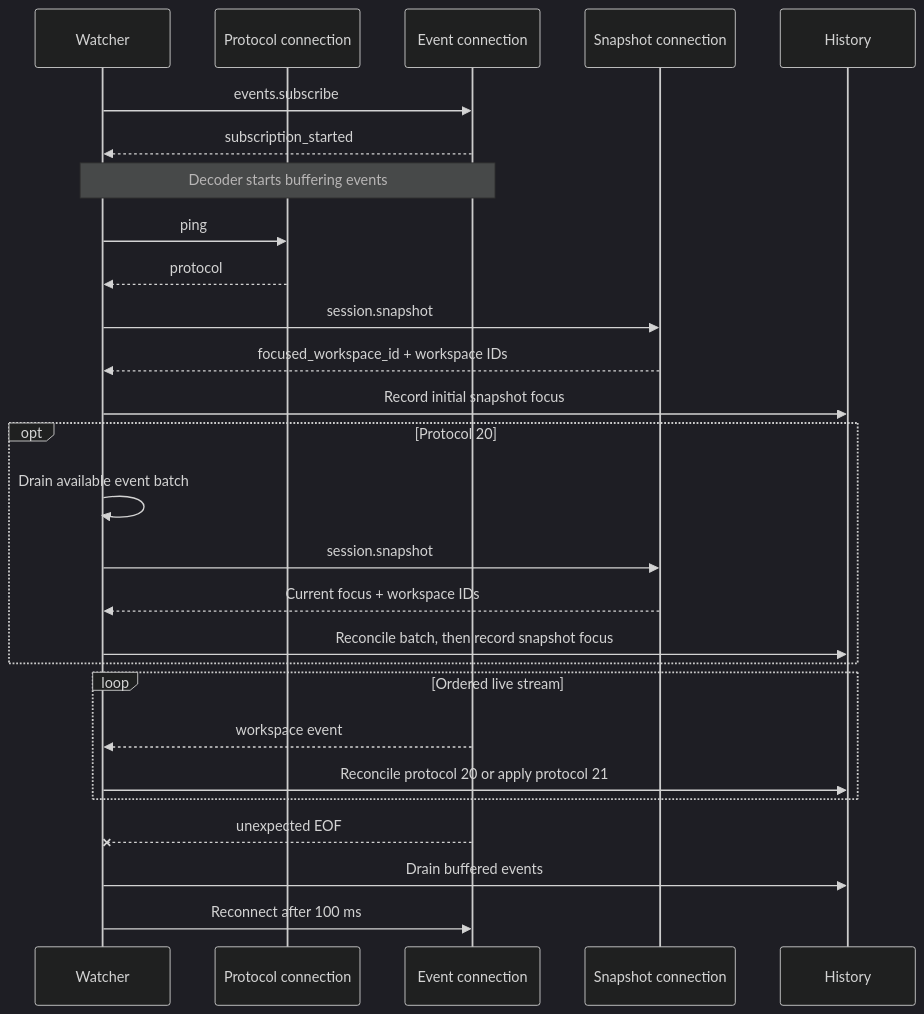
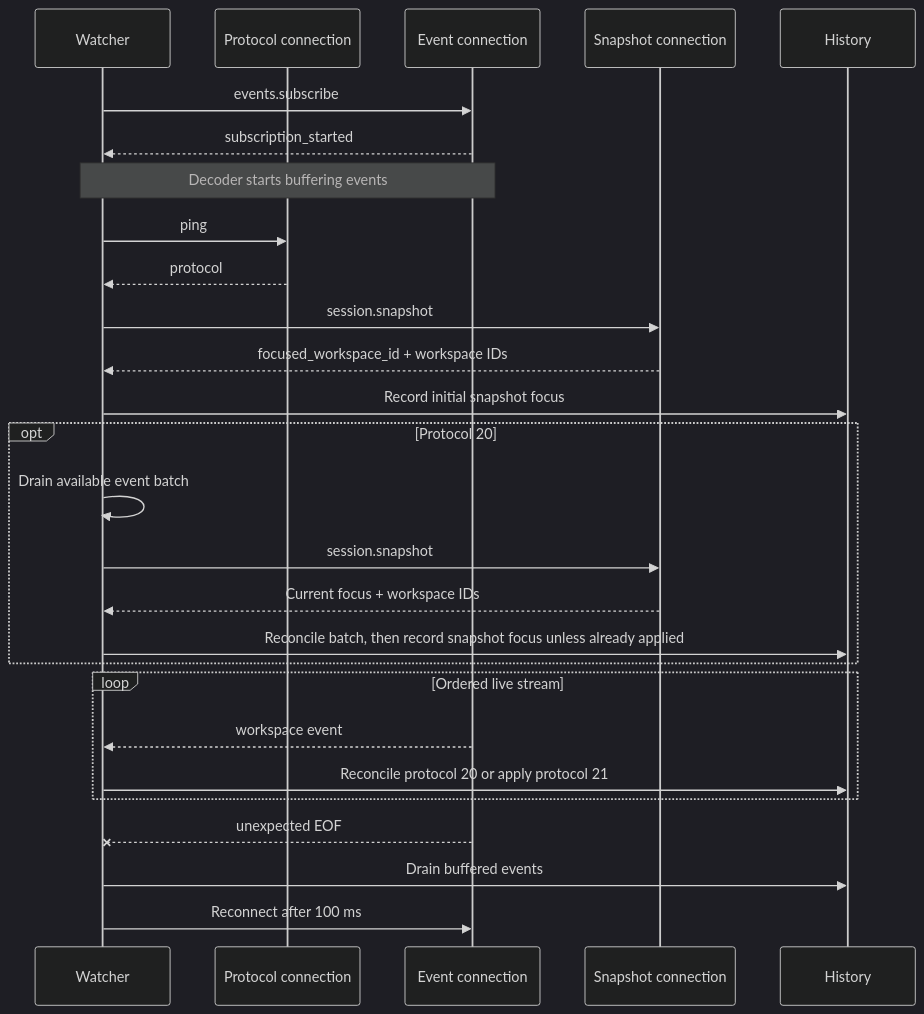
One commit to RooseveltAdvisors/herdr-plugin-sesh changed the second of 3 diagrams in docs/development/workspace-history.md. Above: the diagram before and after it, drawn with Mermaid (dark theme). The commit also changed other lines of this file and 2 other files, not shown here.

````diff
--- a/docs/development/workspace-history.md
+++ b/docs/development/workspace-history.md
@@ -101,29 +104,29 @@
 ```mermaid
 sequenceDiagram
     participant W as Watcher
     participant P as Protocol connection
     participant E as Event connection
     participant S as Snapshot connection
     participant H as History
     W->>E: events.subscribe
     E-->>W: subscription_started
     Note over W,E: Decoder starts buffering events
     W->>P: ping
     P-->>W: protocol
     W->>S: session.snapshot
     S-->>W: focused_workspace_id + workspace IDs
     W->>H: Record initial snapshot focus
     opt Protocol 20
         W->>W: Drain available event batch
         W->>S: session.snapshot
         S-->>W: Current focus + workspace IDs
-        W->>H: Reconcile batch, then record snapshot focus
+        W->>H: Reconcile batch, then record snapshot focus unless already applied
     end
     loop Ordered live stream
         E-->>W: workspace event
         W->>H: Reconcile protocol 20 or apply protocol 21
     end
     E--xW: unexpected EOF
     W->>H: Drain buffered events
     W->>E: Reconnect after 100 ms
 ```
````
